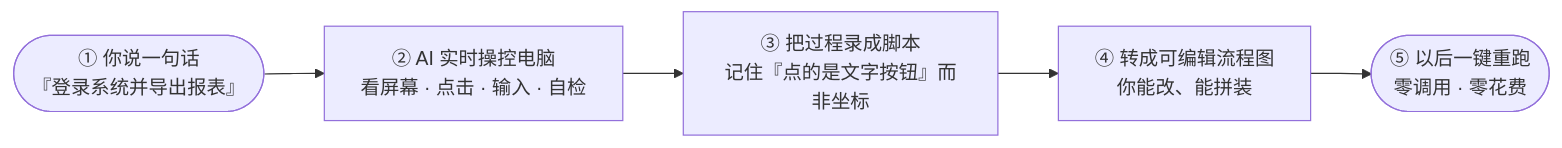
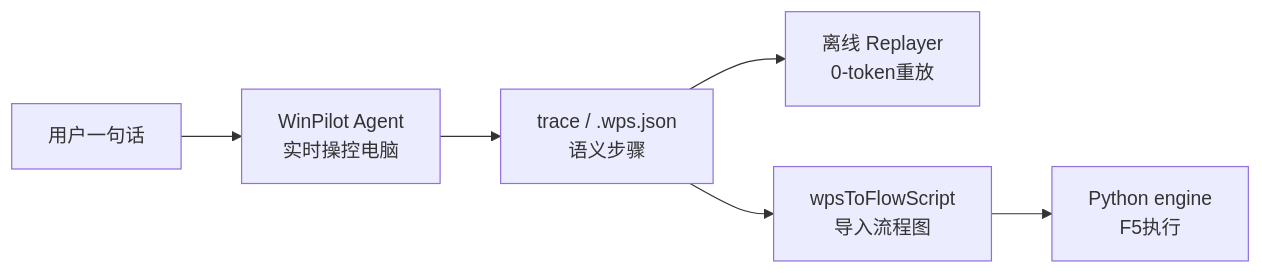
The diagram in docs/项目导览-面试版.md (zoujiapeng/lingdong-script), drawn with Mermaid before and after one commit. The commit also changed other lines of this file and 17 other files, not shown here.

````diff
--- a/docs/项目导览-面试版.md
+++ b/docs/项目导览-面试版.md
@@ -35,7 +20,8 @@
 ```mermaid
 flowchart LR
-    a(["① 你说一句话<br/>『登录系统并导出报表』"]) --> b["② AI 实时操控电脑<br/>看屏幕 · 点击 · 输入 · 自检"]
-    b --> c["③ 把过程录成脚本<br/>记住『点的是文字按钮』而非坐标"]
-    c --> d["④ 转成可编辑流程图<br/>你能改、能拼装"]
-    d --> e(["⑤ 以后一键重跑<br/>零调用 · 零花费"])
+    user["用户一句话"] --> agent["WinPilot Agent<br/>实时操控电脑"]
+    agent --> trace["trace / .wps.json<br/>语义步骤"]
+    trace --> replay["离线 Replayer<br/>0-token重放"]
+    trace --> flow["wpsToFlowScript<br/>导入流程图"]
+    flow --> engine["Python engine<br/>F5执行"]
 ```
````
